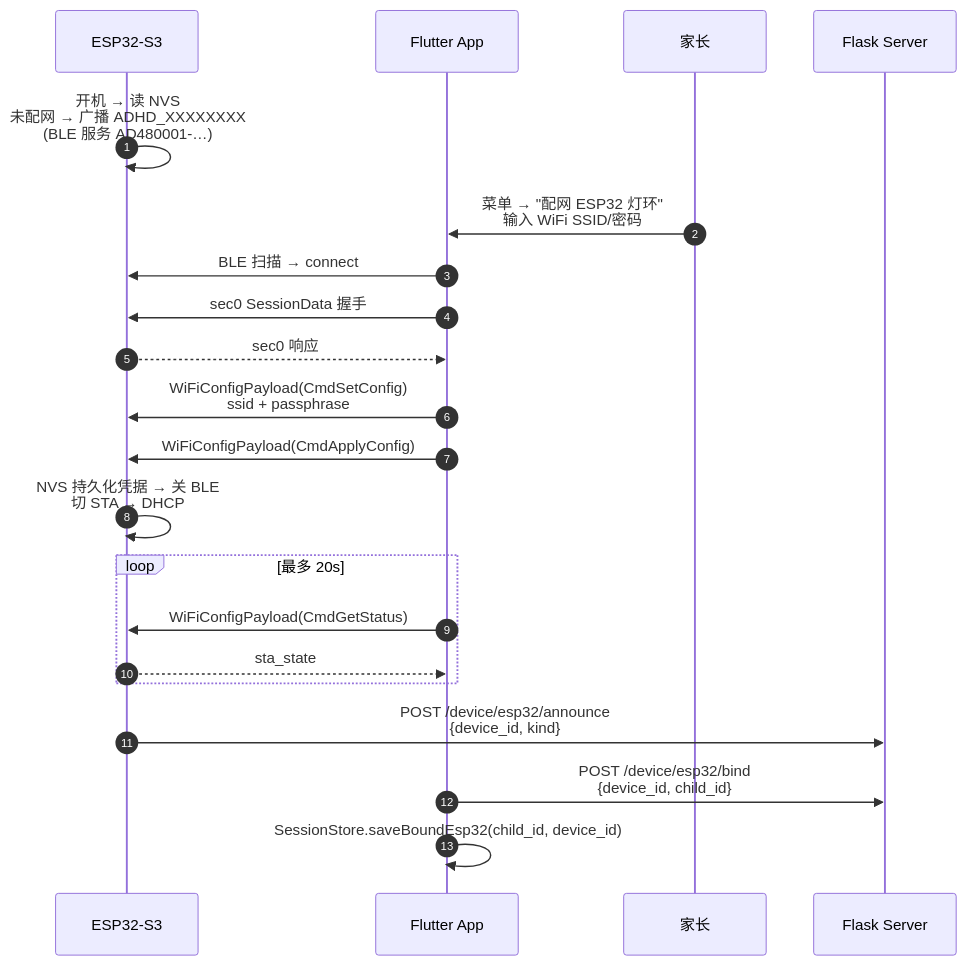
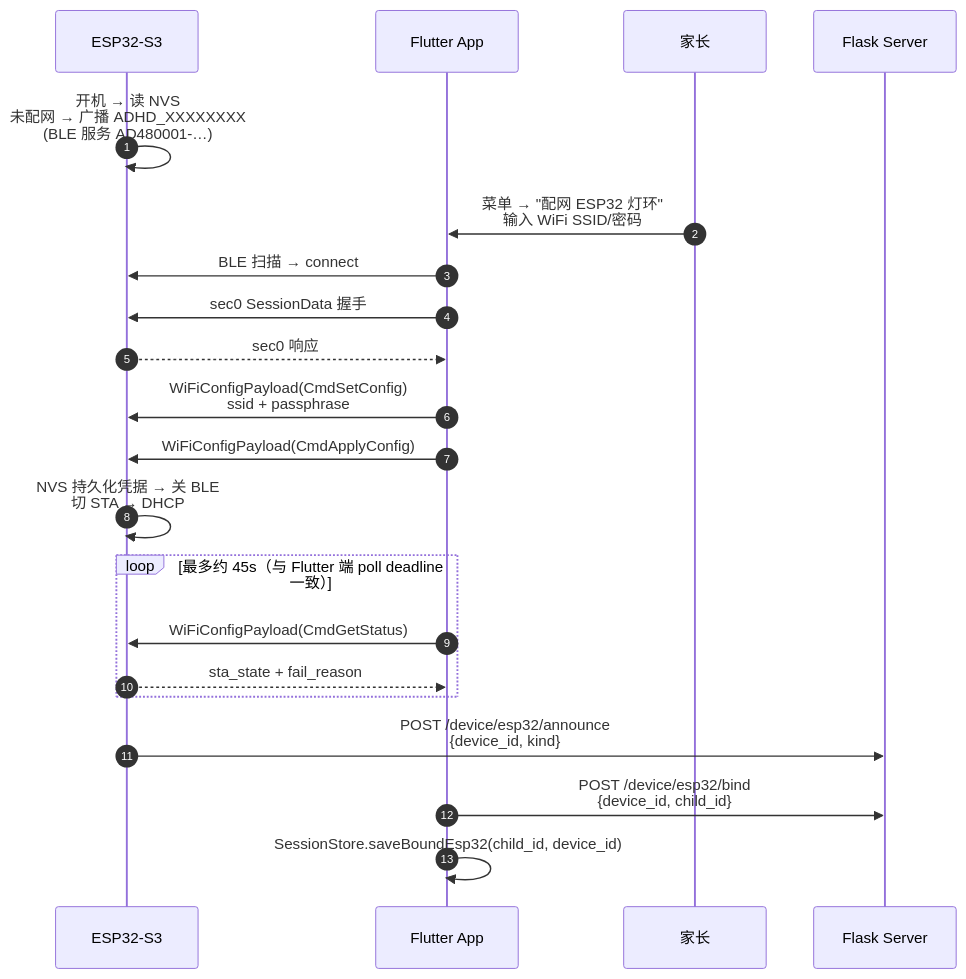
One commit to ch308/ADHD_Monitor changed the second of 14 diagrams in README.md. Above: the diagram before and after it, drawn with Mermaid. The commit also changed other lines of this file, not shown here.

````diff
--- a/README.md
+++ b/README.md
@@ -124,24 +126,24 @@
 ```mermaid
 sequenceDiagram
     autonumber
     participant Board as ESP32-S3
     participant App as Flutter App
     participant User as 家长
     participant Cloud as Flask Server
 
     Board->>Board: 开机 → 读 NVS<br/>未配网 → 广播 ADHD_XXXXXXXX<br/>(BLE 服务 AD480001-…)
     User->>App: 菜单 → "配网 ESP32 灯环"<br/>输入 WiFi SSID/密码
     App->>Board: BLE 扫描 → connect
     App->>Board: sec0 SessionData 握手
     Board-->>App: sec0 响应
     App->>Board: WiFiConfigPayload(CmdSetConfig)<br/>ssid + passphrase
     App->>Board: WiFiConfigPayload(CmdApplyConfig)
     Board->>Board: NVS 持久化凭据 → 关 BLE<br/>切 STA → DHCP
-    loop 最多 20s
+    loop 最多约 45s（与 Flutter 端 poll deadline 一致）
         App->>Board: WiFiConfigPayload(CmdGetStatus)
-        Board-->>App: sta_state
+        Board-->>App: sta_state + fail_reason
     end
     Board->>Cloud: POST /device/esp32/announce<br/>{device_id, kind}
     App->>Cloud: POST /device/esp32/bind<br/>{device_id, child_id}
     App->>App: SessionStore.saveBoundEsp32(child_id, device_id)
 ```
````
